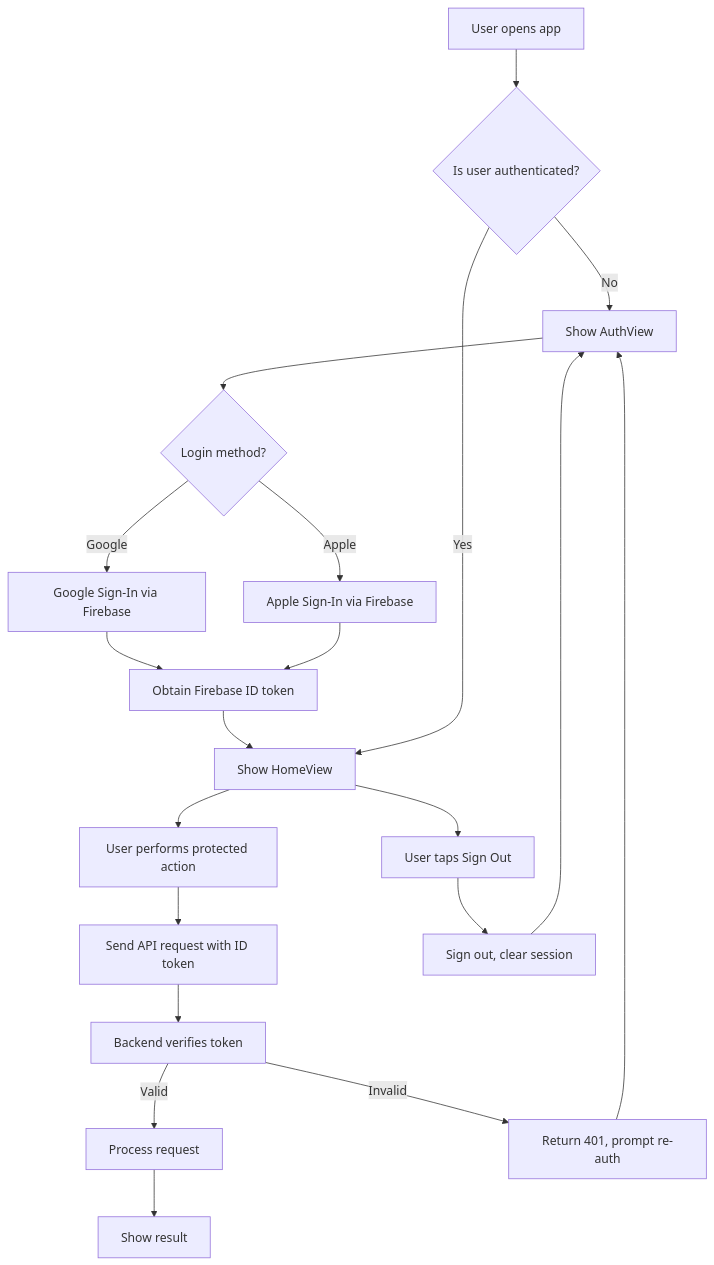
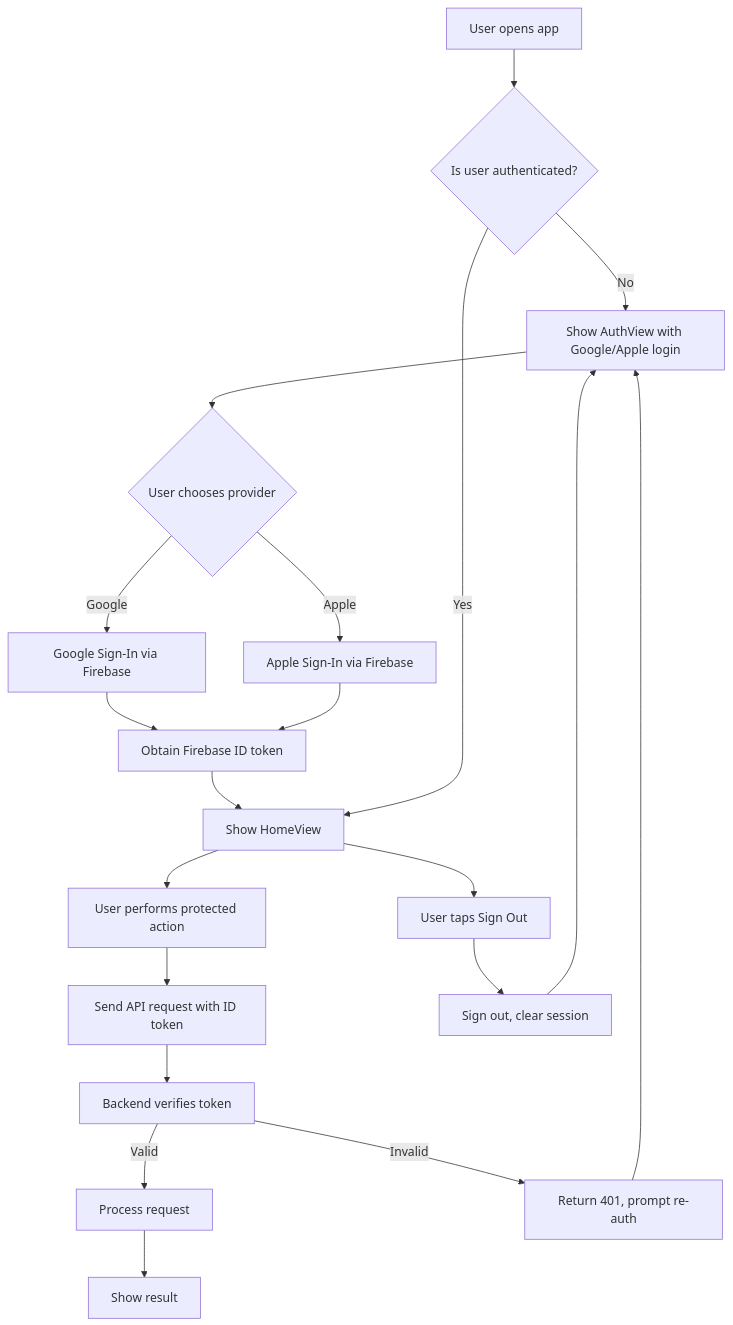
Before and after one commit to TuNa-eTech/ai-photo: the fifth of 5 diagrams in .documents/usecase_auth.md, drawn with Mermaid. The commit also changed 53 other files, not shown here.

````diff
--- a/.documents/usecase_auth.md
+++ b/.documents/usecase_auth.md
@@ -103,21 +103,21 @@
 ```mermaid
 flowchart TD
     A[User opens app] --> B{Is user authenticated?}
-    B -- No --> C[Show AuthView]
-    C --> D{Login method?}
+    B -- No --> C[Show AuthView with Google/Apple login]
+    C --> D{User chooses provider}
     D -- Google --> E[Google Sign-In via Firebase]
     D -- Apple --> F[Apple Sign-In via Firebase]
     E & F --> G[Obtain Firebase ID token]
     G --> H[Show HomeView]
     B -- Yes --> H
     H --> I[User performs protected action]
     I --> J[Send API request with ID token]
     J --> K[Backend verifies token]
     K -- Valid --> L[Process request]
     K -- Invalid --> M[Return 401, prompt re-auth]
     L --> N[Show result]
     M --> C
     H --> O[User taps Sign Out]
     O --> P[Sign out, clear session]
     P --> C
 ```
````
